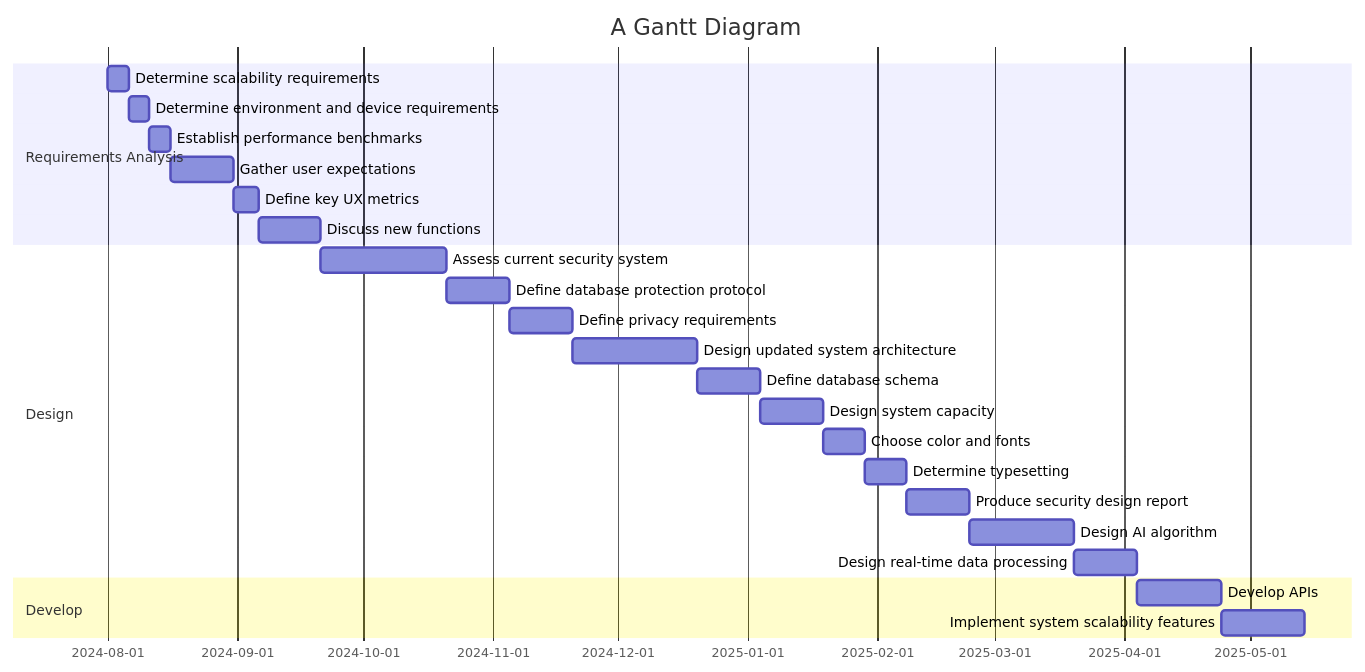
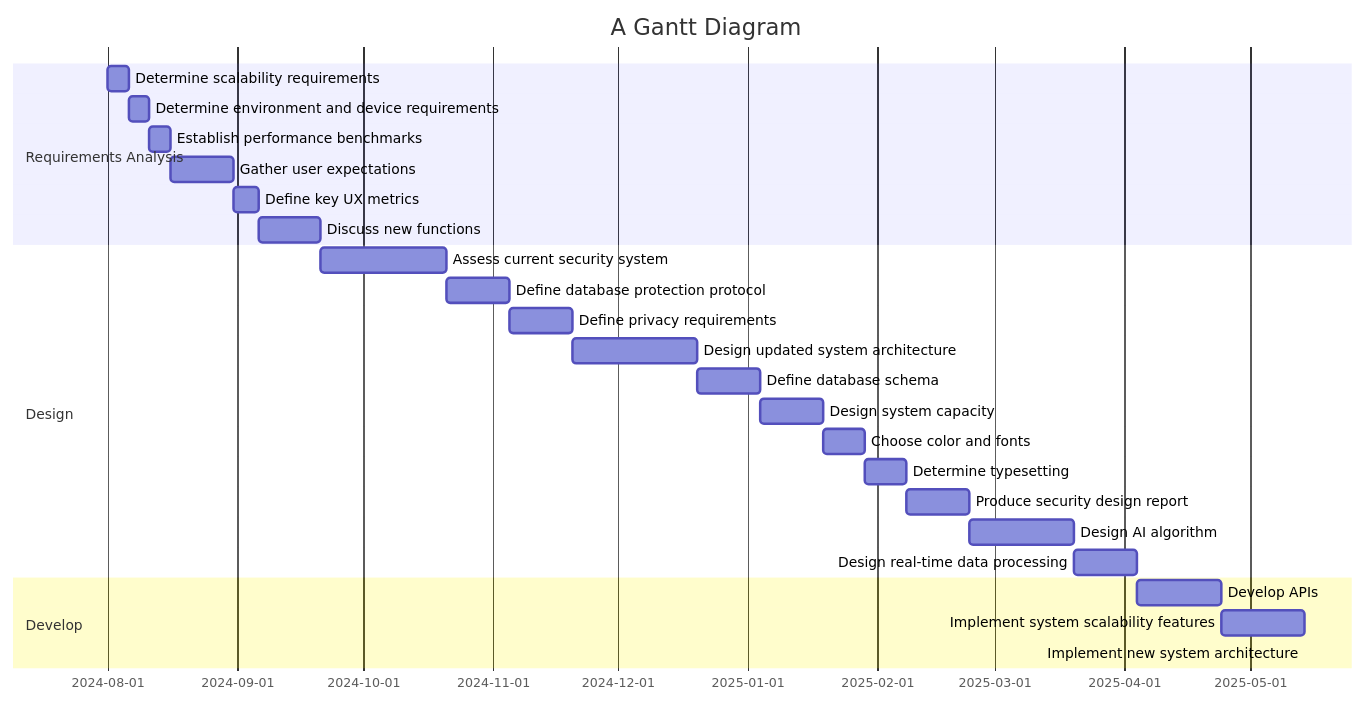
Before and after one commit to sayshelley/iodraw-files: the diagram in all/Untitled.md, drawn with Mermaid.

Commit message:
2024-10-04 22:48:19 update

````diff
--- a/all/Untitled.md
+++ b/all/Untitled.md
@@ -1,32 +1,32 @@
 ```mermaid
 gantt
     title A Gantt Diagram
     dateFormat  YYYY-MM-DD
     section Requirements Analysis
     Determine scalability requirements :a1, 2024-08-01, 5d
     Determine environment and device requirements :a2, after a1, 5d
     Establish performance benchmarks: a3, after a2, 5d
     Gather user expectations: a4, after a3, 15d
     Define key UX metrics : a5, after a4, 6d
     Discuss new functions: a6, after a5, 15d
     section Design
     Assess current security system:b1, after a6, 30d
     Define database protection protocol: b2, after b1, 15d
     Define privacy requirements: b3, after b2, 15d
     Design updated system architecture: b4, after b3, 30d
     Define database schema: b5, after b4, 15d
     Design system capacity: b6, after b5, 15d
     Choose color and fonts: b7, after b6, 10d
     Determine typesetting: b8, after b7, 10d
     Produce security design report: b9, after b8, 15d
     Design AI algorithm: b10, after b9, 25d
     Design real-time data processing: b11, after b10, 15d
     section Develop
     Develop APIs: c1, after b11, 20d
     Implement system scalability features: c2, after c1, 20d
-    
+    Implement new system architecture: 
     
 
 
    
 ```
````
